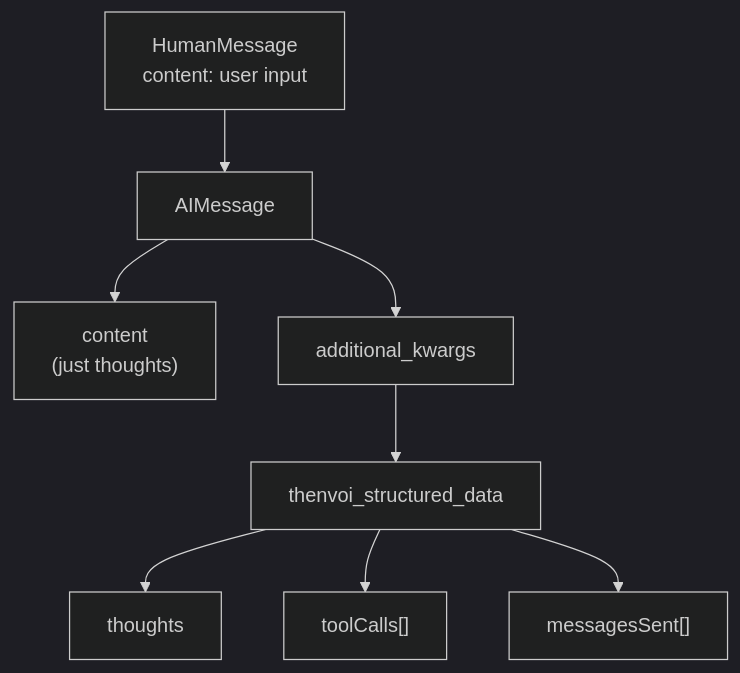
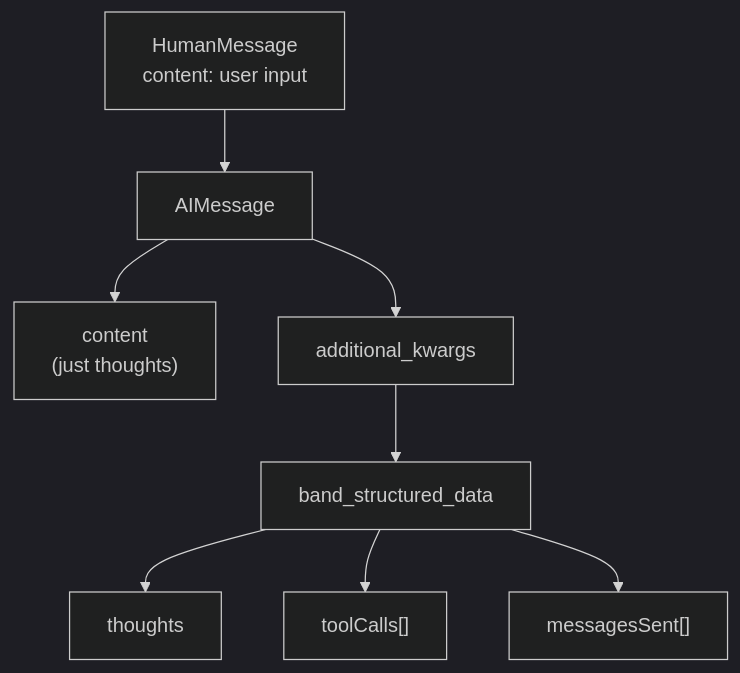
One commit to thenvoi/n8n-nodes-thenvoi changed the seventh of 10 diagrams in docs/architecture/agent/memory/memory_system_guide.md. Above: the diagram before and after it, drawn with Mermaid (dark theme). The commit also changed other lines of this file and 157 other files, not shown here.

First line of the commit message:
feat!: rename organization from Thenvoi to Band

````diff
--- a/docs/architecture/agent/memory/memory_system_guide.md
+++ b/docs/architecture/agent/memory/memory_system_guide.md
@@ -207,19 +207,19 @@
 ```mermaid
 graph TB
     HM["HumanMessage<br/>content: user input"]
     AM["AIMessage"]
     Content["content<br/>(just thoughts)"]
     Kwargs["additional_kwargs"]
-    SD["thenvoi_structured_data"]
+    SD["band_structured_data"]
     Thoughts["thoughts"]
     Tools["toolCalls[]"]
     Messages["messagesSent[]"]
     
     HM --> AM
     AM --> Content
     AM --> Kwargs
     Kwargs --> SD
     SD --> Thoughts
     SD --> Tools
     SD --> Messages
 ```
````
